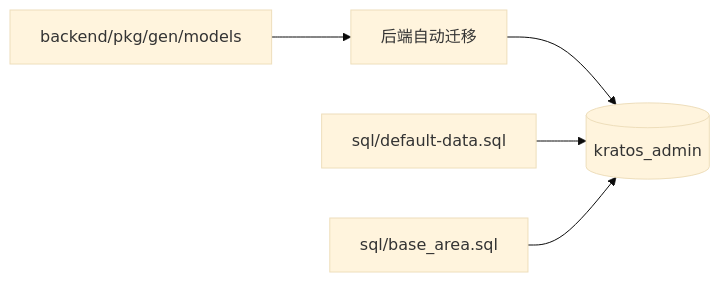
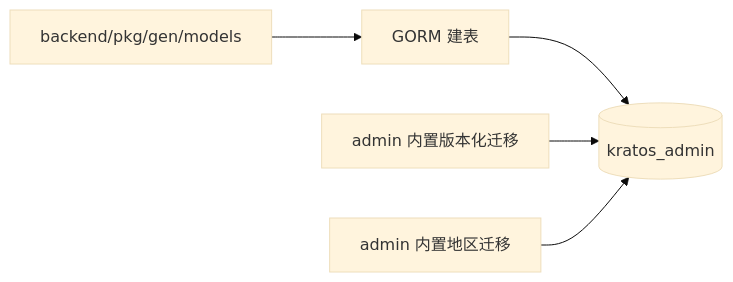
One commit to liujitcn/kratos-admin changed the diagram in docs/数据库与初始化数据设计.md. Above: the diagram before and after it, drawn with Mermaid (base theme). The commit also changed other lines of this file and 75 other files, not shown here.

````diff
--- a/docs/数据库与初始化数据设计.md
+++ b/docs/数据库与初始化数据设计.md
@@ -13,6 +13,6 @@
 ```mermaid
 flowchart LR
-  Models["backend/pkg/gen/models"] --> Migrate["后端自动迁移"] --> Main[("kratos_admin")]
-  Default["sql/default-data.sql"] --> Main
-  Area["sql/base_area.sql"] --> Main
+  Models["backend/pkg/gen/models"] --> Migrate["GORM 建表"] --> Main[("kratos_admin")]
+  Default["admin 内置版本化迁移"] --> Main
+  Area["admin 内置地区迁移"] --> Main
 ```
````
